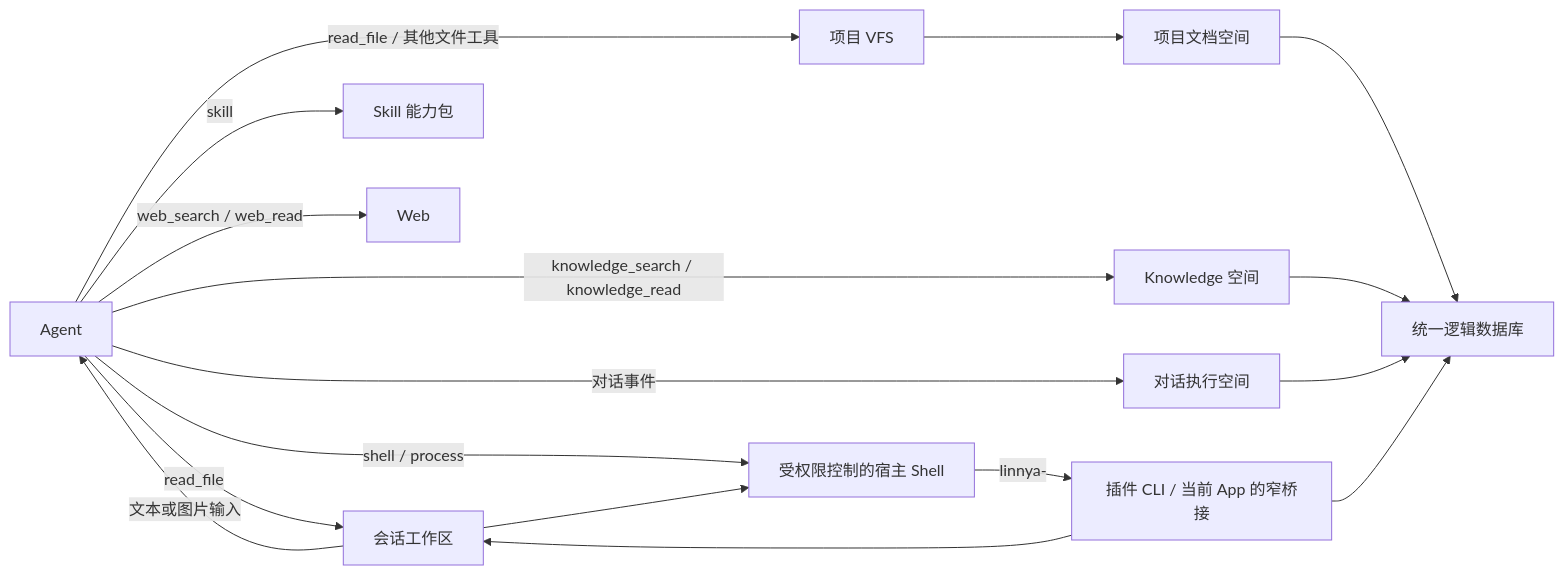
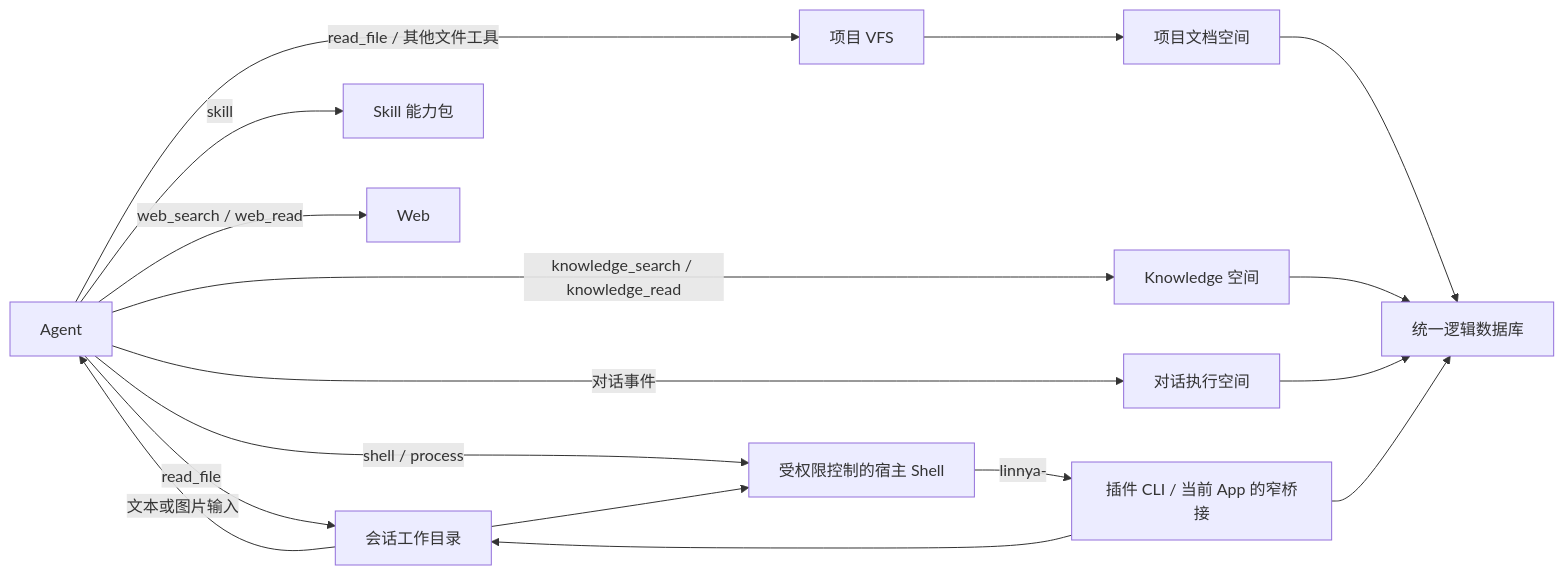
The diagram in docs/product-model-overview.md (linnlabs/linnya), drawn with Mermaid before and after one commit. The commit also changed other lines of this file and 164 other files, not shown here.

````diff
--- a/docs/product-model-overview.md
+++ b/docs/product-model-overview.md
@@ -79,23 +79,23 @@
 ```mermaid
 flowchart LR
     Agent["Agent"] -->|"read_file / 其他文件工具"| VFS["项目 VFS"]
     VFS --> Project["项目文档空间"]
     Project --> Database["统一逻辑数据库"]
 
-    Agent -->|"read_file"| Workdir["会话工作区"]
+    Agent -->|"read_file"| Workdir["会话工作目录"]
     Workdir -->|"文本或图片输入"| Agent
 
     Agent -->|"knowledge_search / knowledge_read"| Knowledge["Knowledge 空间"]
     Knowledge --> Database
 
     Agent -->|"对话事件"| Conversation["对话执行空间"]
     Conversation --> Database
 
     Agent -->|"shell / process"| Host["受权限控制的宿主 Shell"]
     Workdir --> Host
     Host -->|"linnya-<plugin-id>"| Plugins["插件 CLI / 当前 App 的窄桥接"]
     Plugins --> Database
     Plugins --> Workdir
     Agent -->|"skill"| Skills["Skill 能力包"]
     Agent -->|"web_search / web_read"| Web["Web"]
 ```
````
